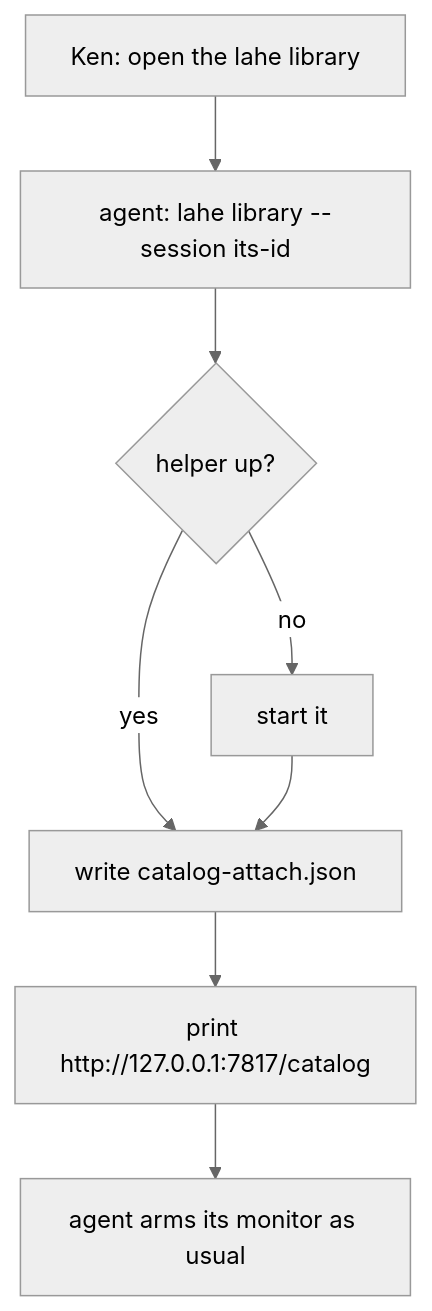
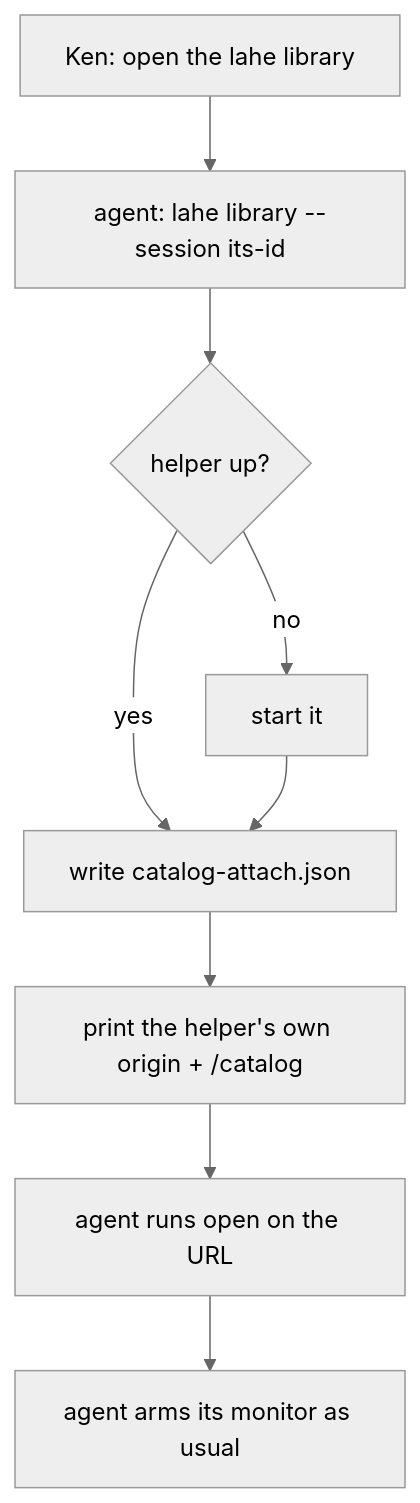
The third of 3 diagrams in docs/features/20260922.02_lahe_library/02_architecture_lahe_library.md (kenxle/live-agentic-html-editor), drawn with Mermaid (neutral theme) before and after one commit. The commit also changed other lines of this file and 6 other files, not shown here.

Commit message:
Plan: three reviews folded in (67 findings); brief and architecture back-patched

````diff
--- a/docs/features/20260922.02_lahe_library/02_architecture_lahe_library.md
+++ b/docs/features/20260922.02_lahe_library/02_architecture_lahe_library.md
@@ -133,10 +247,11 @@
 ```mermaid
 flowchart TD
   C["Ken: open the lahe library"] --> L["agent: lahe library --session its-id"]
   L --> H1{"helper up?"}
   H1 -->|"no"| St["start it"]
   H1 -->|"yes"| At["write catalog-attach.json"]
   St --> At
-  At --> P["print http://127.0.0.1:7817/catalog"]
-  P --> M["agent arms its monitor as usual"]
+  At --> P["print the helper's own origin + /catalog"]
+  P --> O["agent runs open on the URL"]
+  O --> M["agent arms its monitor as usual"]
 ```
````
